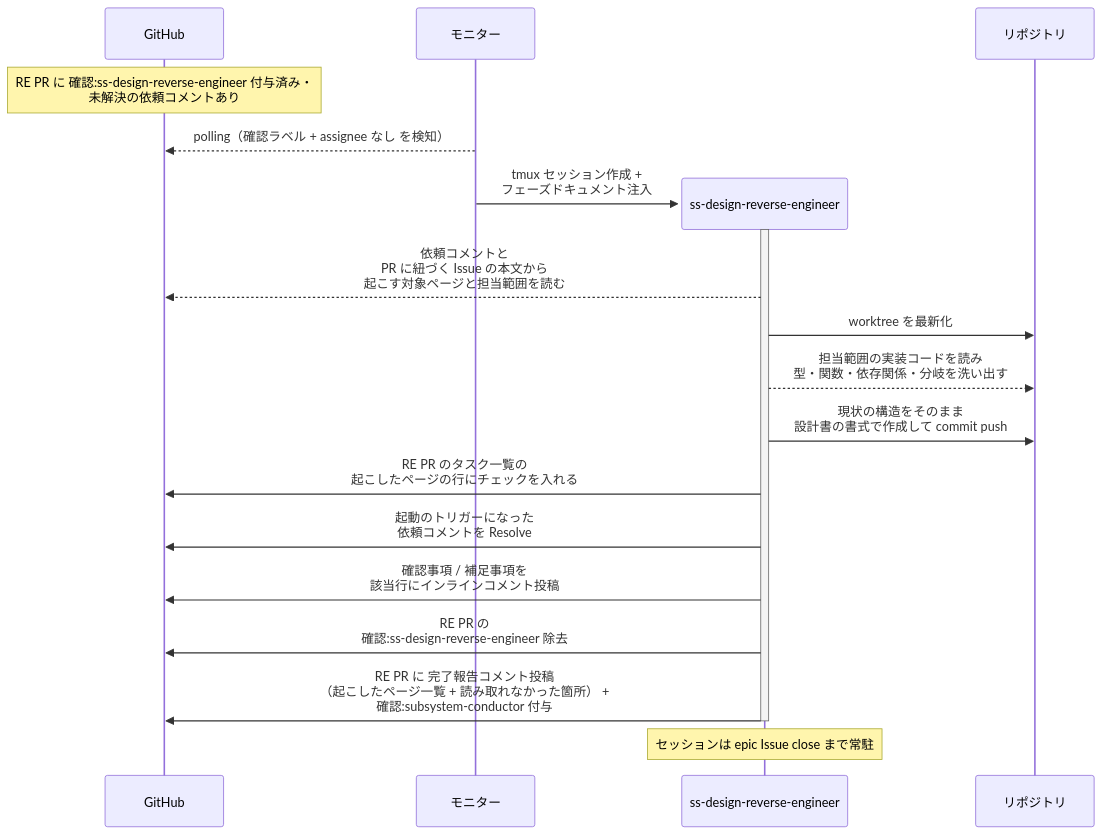
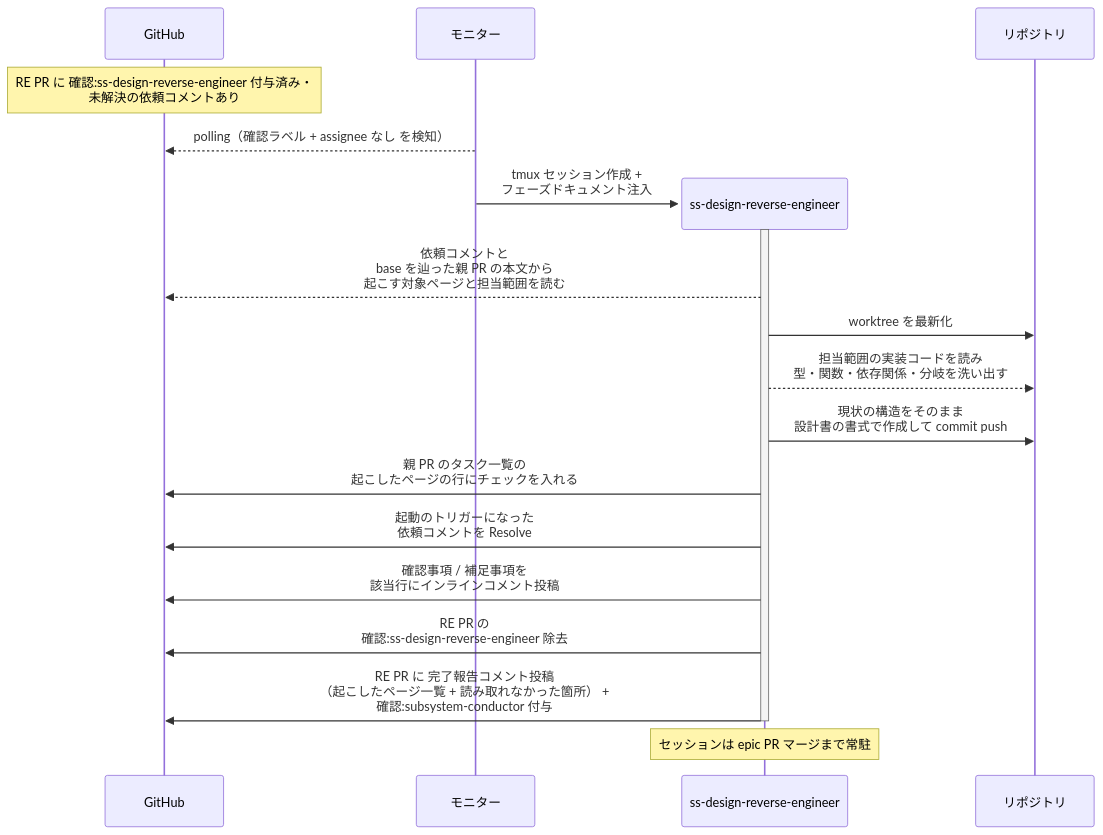
The first of 2 diagrams in docs/wiki/設計図/シナリオ/単一ユースケース/現状設計書の起こし.md (shuhei1101/ai-monitor), drawn with Mermaid before and after one commit. The commit also changed other lines of this file and 256 other files, not shown here.

````diff
--- a/docs/wiki/設計図/シナリオ/単一ユースケース/現状設計書の起こし.md
+++ b/docs/wiki/設計図/シナリオ/単一ユースケース/現状設計書の起こし.md
@@ -39,23 +39,23 @@
 ```mermaid
 sequenceDiagram
   participant GH as GitHub
   participant ORC as モニター
 
   Note over GH: RE PR に 確認:ss-design-reverse-engineer 付与済み・<br>未解決の依頼コメントあり
   ORC-->>GH: polling（確認ラベル + assignee なし を検知）
   create participant MON as ss-design-reverse-engineer
   ORC->>MON: tmux セッション作成 +<br>フェーズドキュメント注入
   participant REPO as リポジトリ
   activate MON
-  MON-->>GH: 依頼コメントと<br>PR に紐づく Issue の本文から<br>起こす対象ページと担当範囲を読む
+  MON-->>GH: 依頼コメントと<br>base を辿った親 PR の本文から<br>起こす対象ページと担当範囲を読む
   MON->>REPO: worktree を最新化
   MON-->>REPO: 担当範囲の実装コードを読み<br>型・関数・依存関係・分岐を洗い出す
   MON->>REPO: 現状の構造をそのまま<br>設計書の書式で作成して commit push
-  MON->>GH: RE PR のタスク一覧の<br>起こしたページの行にチェックを入れる
+  MON->>GH: 親 PR のタスク一覧の<br>起こしたページの行にチェックを入れる
   MON->>GH: 起動のトリガーになった<br>依頼コメントを Resolve
   MON->>GH: 確認事項 / 補足事項を<br>該当行にインラインコメント投稿
   MON->>GH: RE PR の<br>確認:ss-design-reverse-engineer 除去
   MON->>GH: RE PR に 完了報告コメント投稿<br>（起こしたページ一覧 + 読み取れなかった箇所） +<br>確認:subsystem-conductor 付与
   deactivate MON
-  Note over MON: セッションは epic Issue close まで常駐
+  Note over MON: セッションは epic PR マージまで常駐
 ```
````
